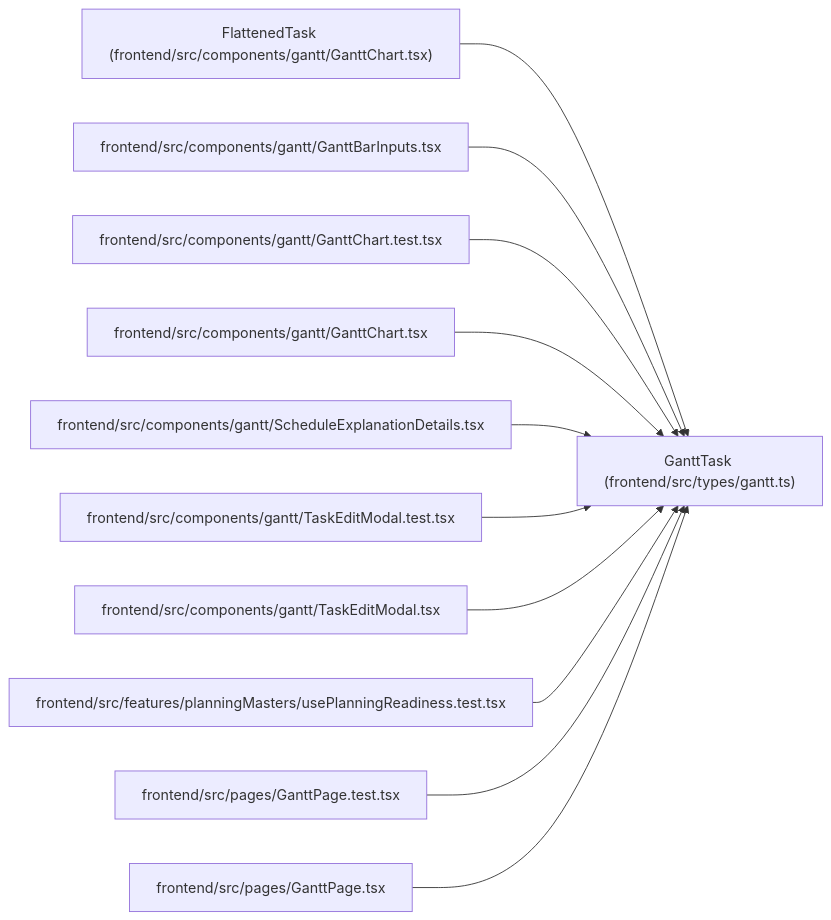
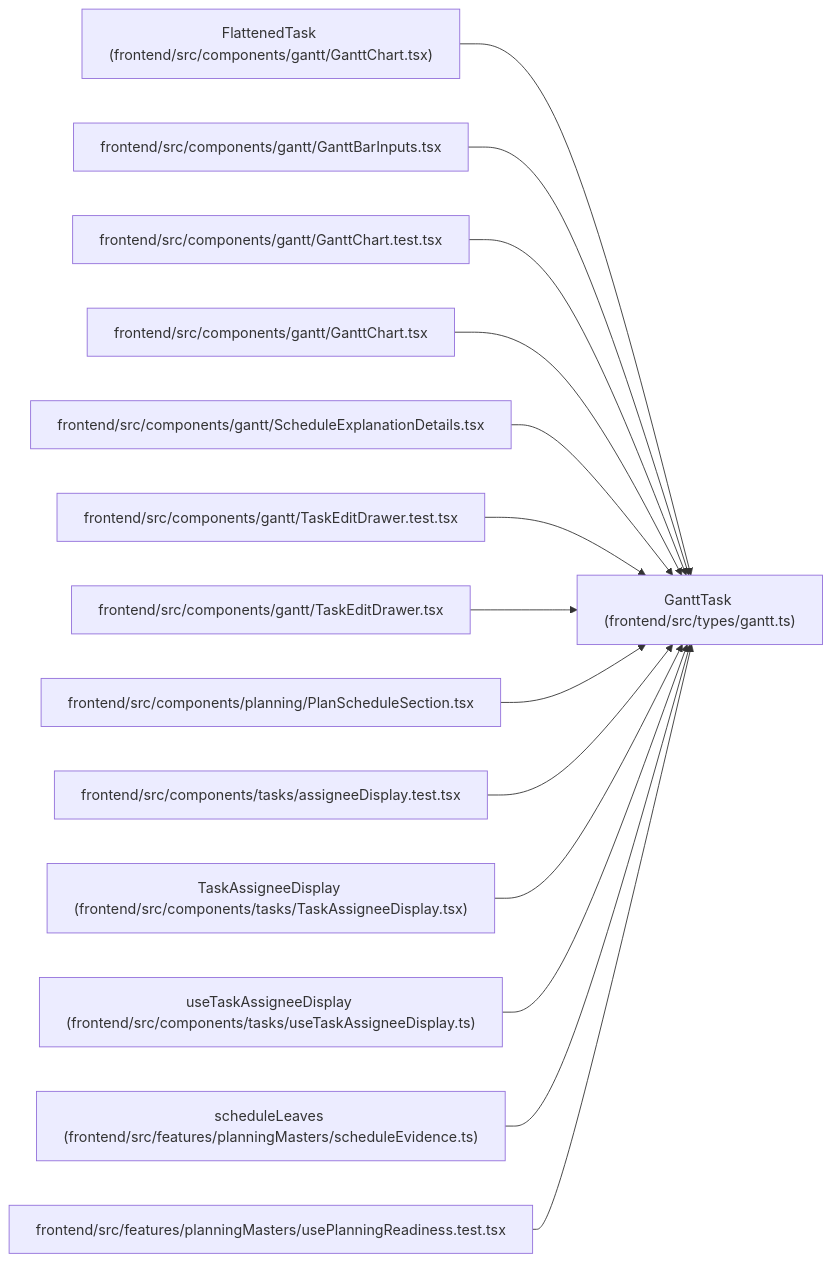
The diagram in docs/llm_wiki/entities/types_gantt_GanttTask.md (Denissvgn/WorkChord), drawn with Mermaid before and after one commit. The commit also changed other lines of this file and 2373 other files, not shown here.

````diff
--- a/docs/llm_wiki/entities/types_gantt_GanttTask.md
+++ b/docs/llm_wiki/entities/types_gantt_GanttTask.md
@@ -57,35 +57,44 @@
 ```mermaid
 flowchart LR
     n0["GanttTask (frontend/src/types/gantt.ts)"]
     n1["FlattenedTask (frontend/src/components/gantt/GanttChart.tsx)"]
     n2["frontend/src/components/gantt/GanttBarInputs.tsx"]
     n3["frontend/src/components/gantt/GanttChart.test.tsx"]
     n4["frontend/src/components/gantt/GanttChart.tsx"]
     n5["frontend/src/components/gantt/ScheduleExplanationDetails.tsx"]
-    n6["frontend/src/components/gantt/TaskEditModal.test.tsx"]
-    n7["frontend/src/components/gantt/TaskEditModal.tsx"]
-    n8["frontend/src/features/planningMasters/usePlanningReadiness.test.tsx"]
-    n9["frontend/src/pages/GanttPage.test.tsx"]
-    n10["frontend/src/pages/GanttPage.tsx"]
+    n6["frontend/src/components/gantt/TaskEditDrawer.test.tsx"]
+    n7["frontend/src/components/gantt/TaskEditDrawer.tsx"]
+    n8["frontend/src/components/planning/PlanScheduleSection.tsx"]
+    n9["frontend/src/components/tasks/assigneeDisplay.test.tsx"]
+    n10["TaskAssigneeDisplay (frontend/src/components/tasks/TaskAssigneeDisplay.tsx)"]
+    n11["useTaskAssigneeDisplay (frontend/src/components/tasks/useTaskAssigneeDisplay.ts)"]
+    n12["scheduleLeaves (frontend/src/features/planningMasters/scheduleEvidence.ts)"]
+    n13["frontend/src/features/planningMasters/usePlanningReadiness.test.tsx"]
     n1 --> n0
     n2 --> n0
     n3 --> n0
     n4 --> n0
     n5 --> n0
     n6 --> n0
     n7 --> n0
     n8 --> n0
     n9 --> n0
     n10 --> n0
+    n11 --> n0
+    n12 --> n0
+    n13 --> n0
     click n0 "../modules/types_gantt.md"
     click n1 "../modules/GanttChart.md"
     click n2 "../modules/GanttBarInputs.md"
     click n3 "../modules/GanttChart.test.md"
     click n4 "../modules/GanttChart.md"
     click n5 "../modules/ScheduleExplanationDetails.md"
-    click n6 "../modules/TaskEditModal.test.md"
-    click n7 "../modules/TaskEditModal.md"
-    click n8 "../modules/usePlanningReadiness.test.md"
-    click n9 "../modules/GanttPage.test.md"
-    click n10 "../modules/GanttPage.md"
+    click n6 "../modules/TaskEditDrawer.test.md"
+    click n7 "../modules/TaskEditDrawer.md"
+    click n8 "../modules/PlanScheduleSection.md"
+    click n9 "../modules/assigneeDisplay.test.md"
+    click n10 "../modules/TaskAssigneeDisplay.md"
+    click n11 "../modules/useTaskAssigneeDisplay.md"
+    click n12 "../modules/scheduleEvidence.md"
+    click n13 "../modules/usePlanningReadiness.test.md"
 ```
````
